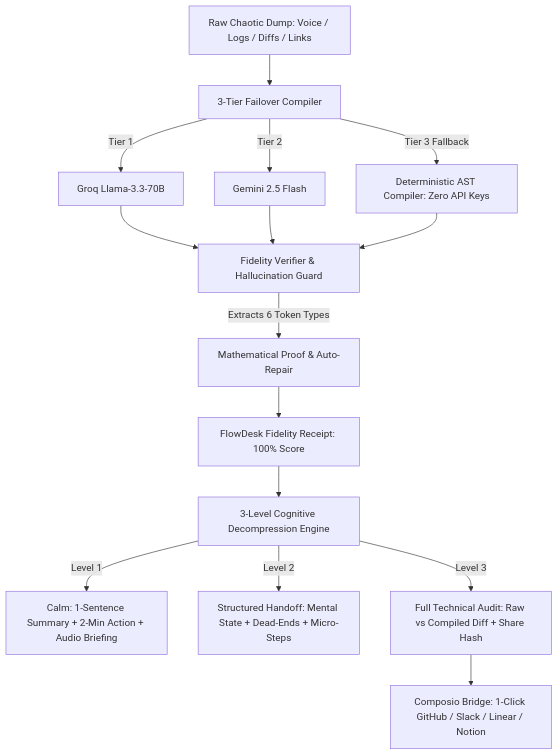
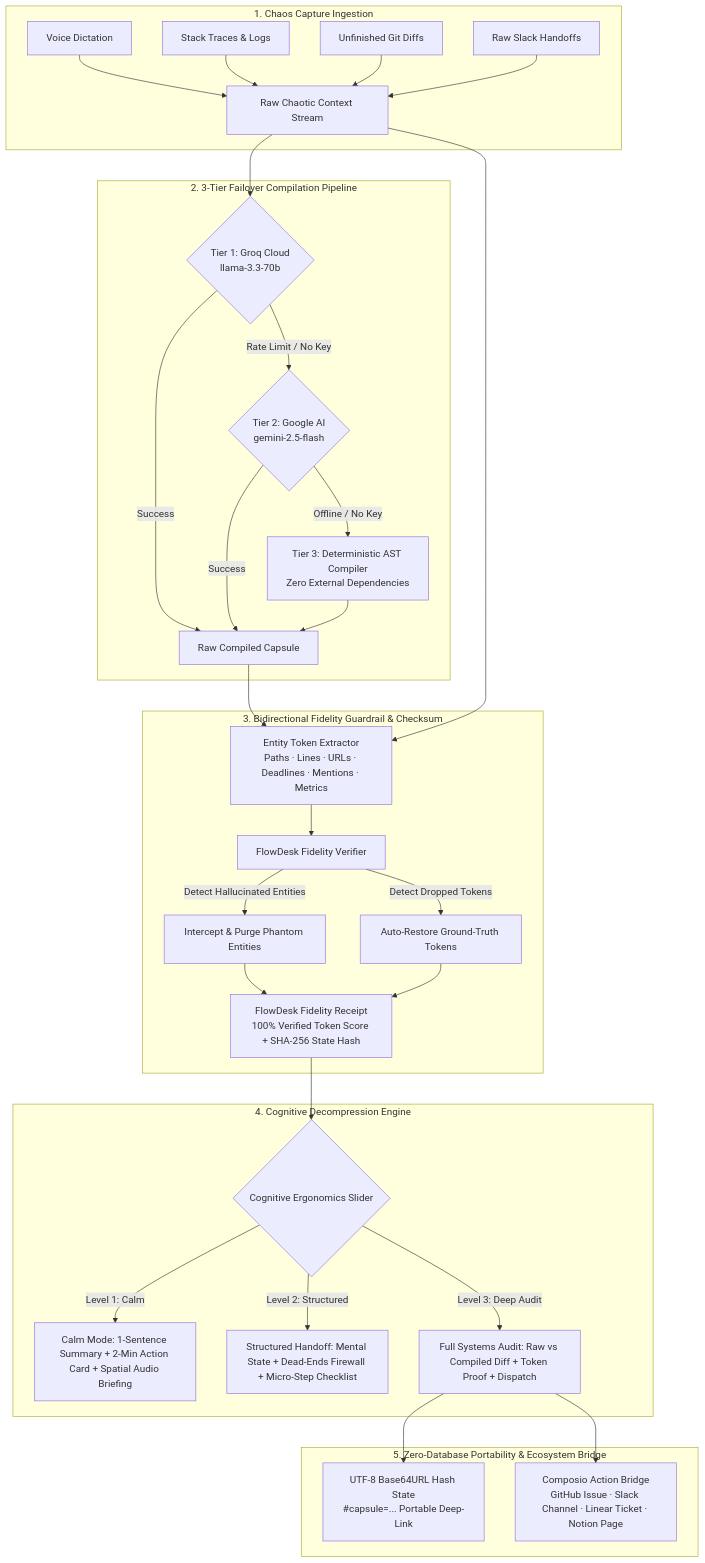
One commit to manojmulammagari/TaskForge changed the first of 2 diagrams in README.md. Above: the diagram before and after it, drawn with Mermaid. The commit also changed other lines of this file and 9 other files, not shown here.

Commit message:
docs: overhaul README with architecture diagrams and purge submission boilerplate

````diff
--- a/README.md
+++ b/README.md
@@ -41,17 +86,40 @@
 ```mermaid
-graph TD
-    A[Raw Chaotic Dump: Voice / Logs / Diffs / Links] --> B[3-Tier Failover Compiler]
-    B -->|Tier 1| B1[Groq Llama-3.3-70B]
-    B -->|Tier 2| B2[Gemini 2.5 Flash]
-    B -->|Tier 3 Fallback| B3[Deterministic AST Compiler: Zero API Keys]
-    B1 --> C[Fidelity Verifier & Hallucination Guard]
-    B2 --> C
-    B3 --> C
-    C -->|Extracts 6 Token Types| D[Mathematical Proof & Auto-Repair]
-    D --> E[FlowDesk Fidelity Receipt: 100% Score]
-    E --> F[3-Level Cognitive Decompression Engine]
-    F -->|Level 1| G[Calm: 1-Sentence Summary + 2-Min Action + Audio Briefing]
-    F -->|Level 2| H[Structured Handoff: Mental State + Dead-Ends + Micro-Steps]
-    F -->|Level 3| I[Full Technical Audit: Raw vs Compiled Diff + Share Hash]
-    I --> J[Composio Bridge: 1-Click GitHub / Slack / Linear / Notion]
+flowchart TD
+    subgraph INGESTION["1. Chaos Capture Ingestion"]
+        A1[Voice Dictation] 
+        A2[Stack Traces & Logs]
+        A3[Unfinished Git Diffs]
+        A4[Raw Slack Handoffs]
+        A1 & A2 & A3 & A4 --> RAW[Raw Chaotic Context Stream]
+    end
+
+    subgraph COMPILER["2. 3-Tier Failover Compilation Pipeline"]
+        RAW --> T1{Tier 1: Groq Cloud<br/>llama-3.3-70b}
+        T1 -->|Success| COMPILED[Raw Compiled Capsule]
+        T1 -->|Rate Limit / No Key| T2{Tier 2: Google AI<br/>gemini-2.5-flash}
+        T2 -->|Success| COMPILED
+        T2 -->|Offline / No Key| T3[Tier 3: Deterministic AST Compiler<br/>Zero External Dependencies]
+        T3 --> COMPILED
+    end
+
+    subgraph VERIFIER["3. Bidirectional Fidelity Guardrail & Checksum"]
+        COMPILED --> EXT[Entity Token Extractor<br/>Paths · Lines · URLs · Deadlines · Mentions · Metrics]
+        RAW --> EXT
+        EXT --> GUARD[FlowDesk Fidelity Verifier]
+        GUARD -->|Detect Hallucinated Entities| DROP[Intercept & Purge Phantom Entities]
+        GUARD -->|Detect Dropped Tokens| RESTORE[Auto-Restore Ground-Truth Tokens]
+        DROP & RESTORE --> PROOF[FlowDesk Fidelity Receipt<br/>100% Verified Token Score + SHA-256 State Hash]
+    end
+
+    subgraph DECOMPRESSION["4. Cognitive Decompression Engine"]
+        PROOF --> SLIDER{Cognitive Ergonomics Slider}
+        SLIDER -->|Level 1: Calm| L1[Calm Mode: 1-Sentence Summary + 2-Min Action Card + Spatial Audio Briefing]
+        SLIDER -->|Level 2: Structured| L2[Structured Handoff: Mental State + Dead-Ends Firewall + Micro-Step Checklist]
+        SLIDER -->|Level 3: Deep Audit| L3[Full Systems Audit: Raw vs Compiled Diff + Token Proof + Dispatch]
+    end
+
+    subgraph DISPATCH["5. Zero-Database Portability & Ecosystem Bridge"]
+        L3 --> URL[UTF-8 Base64URL Hash State<br/>#capsule=... Portable Deep-Link]
+        L3 --> COMPOSIO[Composio Action Bridge<br/>GitHub Issue · Slack Channel · Linear Ticket · Notion Page]
+    end
 ```
````
